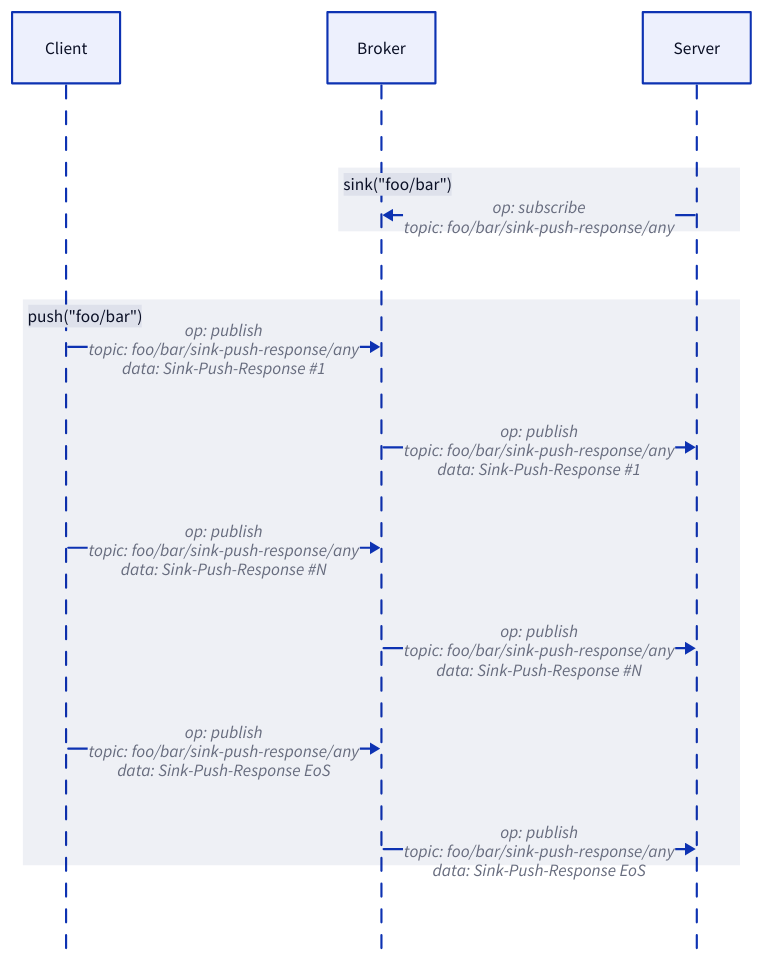
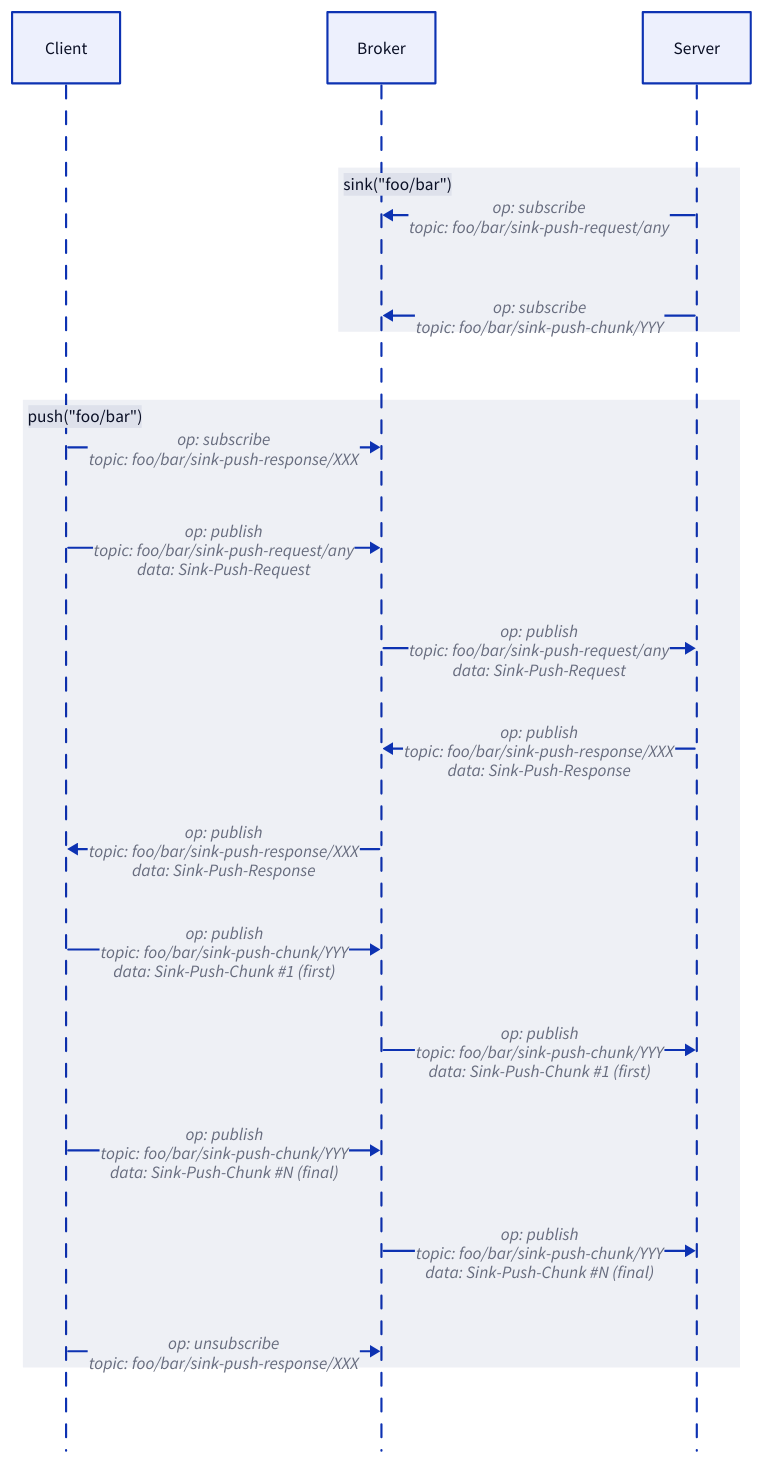
One commit to rse/mqtt-plus changed the diagram in doc/mqtt-plus-3-sink-push.d2. Above: the diagram before and after it, drawn with D2. The commit also changed 1 other file, not shown here.

```diff
--- a/doc/mqtt-plus-3-sink-push.d2
+++ b/doc/mqtt-plus-3-sink-push.d2
@@ -1,20 +1,25 @@
 shape: sequence_diagram
 
 client: "Client"
 broker: "Broker"
 server: "Server"
 
 broker.class: brown
 
 sink("foo/bar") {
-    server -> broker: "op: subscribe\ntopic: foo/bar/sink-push-response/any"
+    server -> broker: "op: subscribe\ntopic: foo/bar/sink-push-request/any"
+    server -> broker: "op: subscribe\ntopic: foo/bar/sink-push-chunk/YYY"
 }
 
 push("foo/bar") {
-    client -> broker: "op: publish\ntopic: foo/bar/sink-push-response/any\ndata: Sink-Push-Response #1"
-    broker -> server: "op: publish\ntopic: foo/bar/sink-push-response/any\ndata: Sink-Push-Response #1"
-    client -> broker: "op: publish\ntopic: foo/bar/sink-push-response/any\ndata: Sink-Push-Response #N"
-    broker -> server: "op: publish\ntopic: foo/bar/sink-push-response/any\ndata: Sink-Push-Response #N"
-    client -> broker: "op: publish\ntopic: foo/bar/sink-push-response/any\ndata: Sink-Push-Response EoS"
-    broker -> server: "op: publish\ntopic: foo/bar/sink-push-response/any\ndata: Sink-Push-Response EoS"
+    client -> broker: "op: subscribe\ntopic: foo/bar/sink-push-response/XXX"
+    client -> broker: "op: publish\ntopic: foo/bar/sink-push-request/any\ndata: Sink-Push-Request"
+    broker -> server: "op: publish\ntopic: foo/bar/sink-push-request/any\ndata: Sink-Push-Request"
+    broker <- server: "op: publish\ntopic: foo/bar/sink-push-response/XXX\ndata: Sink-Push-Response"
+    client <- broker: "op: publish\ntopic: foo/bar/sink-push-response/XXX\ndata: Sink-Push-Response"
+    client -> broker: "op: publish\ntopic: foo/bar/sink-push-chunk/YYY\ndata: Sink-Push-Chunk #1 (first)"
+    broker -> server: "op: publish\ntopic: foo/bar/sink-push-chunk/YYY\ndata: Sink-Push-Chunk #1 (first)"
+    client -> broker: "op: publish\ntopic: foo/bar/sink-push-chunk/YYY\ndata: Sink-Push-Chunk #N (final)"
+    broker -> server: "op: publish\ntopic: foo/bar/sink-push-chunk/YYY\ndata: Sink-Push-Chunk #N (final)"
+    client -> broker: "op: unsubscribe\ntopic: foo/bar/sink-push-response/XXX"
 }
```
